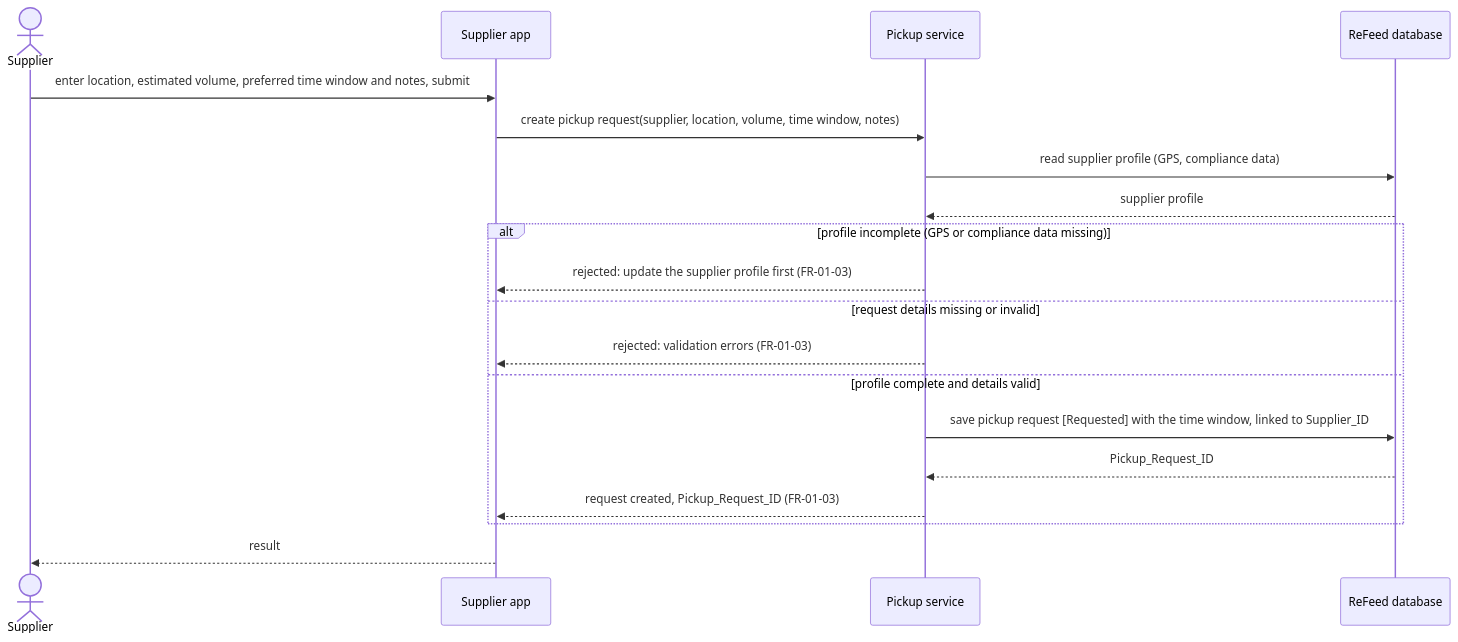
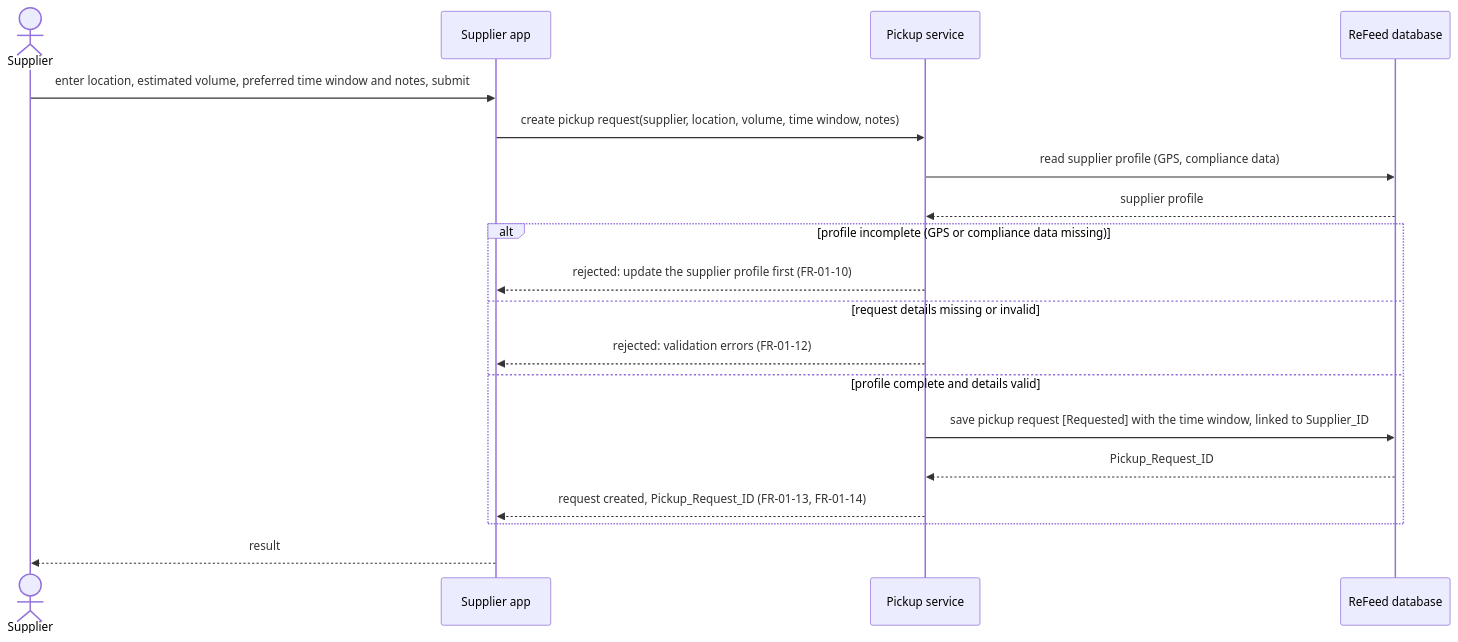
One commit to thuyvicbh-alt/DBIZ2---GROUP-D changed the diagram in docs/use-case/SD-UC-03.md. Above: the diagram before and after it, drawn with Mermaid. The commit also changed other lines of this file, not shown here.

Commit message:
Update functional requirements in use case SD-UC-03

````diff
--- a/docs/use-case/SD-UC-03.md
+++ b/docs/use-case/SD-UC-03.md
@@ -14,21 +14,21 @@
 ```mermaid
 sequenceDiagram
   actor S as Supplier
   participant A as Supplier app
   participant P as Pickup service
   participant D as ReFeed database
   S->>A: enter location, estimated volume, preferred time window and notes, submit
   A->>P: create pickup request(supplier, location, volume, time window, notes)
   P->>D: read supplier profile (GPS, compliance data)
   D-->>P: supplier profile
   alt profile incomplete (GPS or compliance data missing)
-    P-->>A: rejected: update the supplier profile first (FR-01-03)
+    P-->>A: rejected: update the supplier profile first (FR-01-10)
   else request details missing or invalid
-    P-->>A: rejected: validation errors (FR-01-03)
+    P-->>A: rejected: validation errors (FR-01-12)
   else profile complete and details valid
     P->>D: save pickup request [Requested] with the time window, linked to Supplier_ID
     D-->>P: Pickup_Request_ID
-    P-->>A: request created, Pickup_Request_ID (FR-01-03)
+    P-->>A: request created, Pickup_Request_ID (FR-01-13, FR-01-14)
   end
   A-->>S: result
 ```
````
